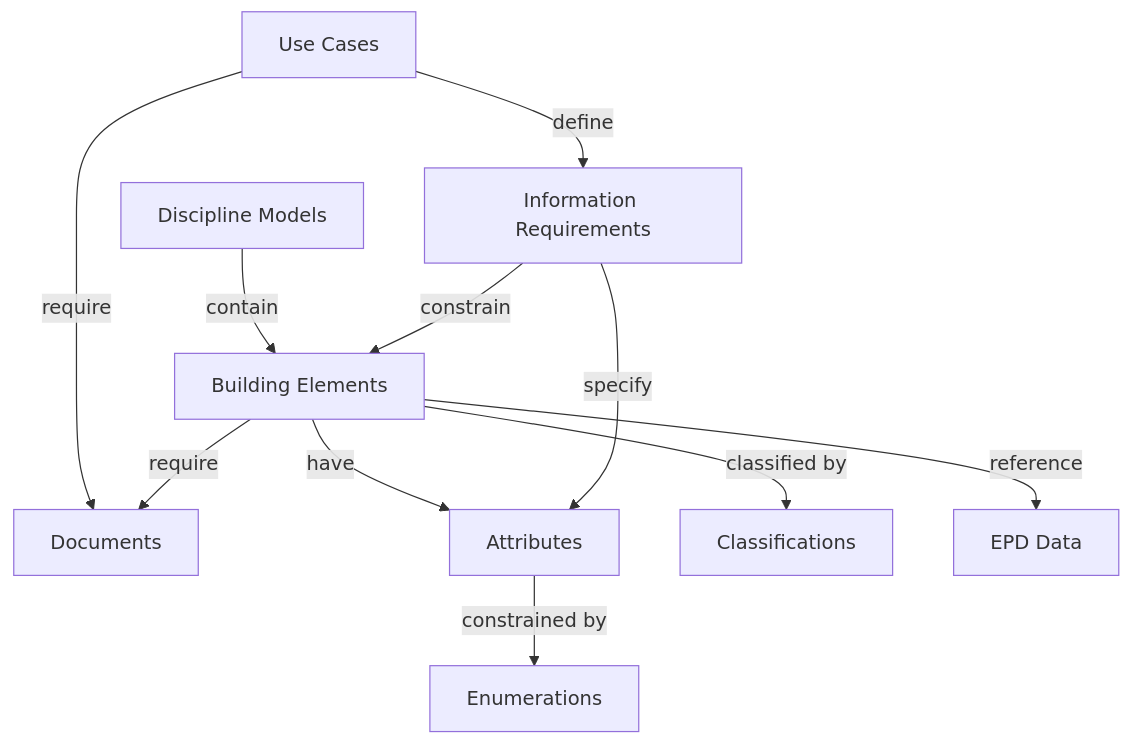
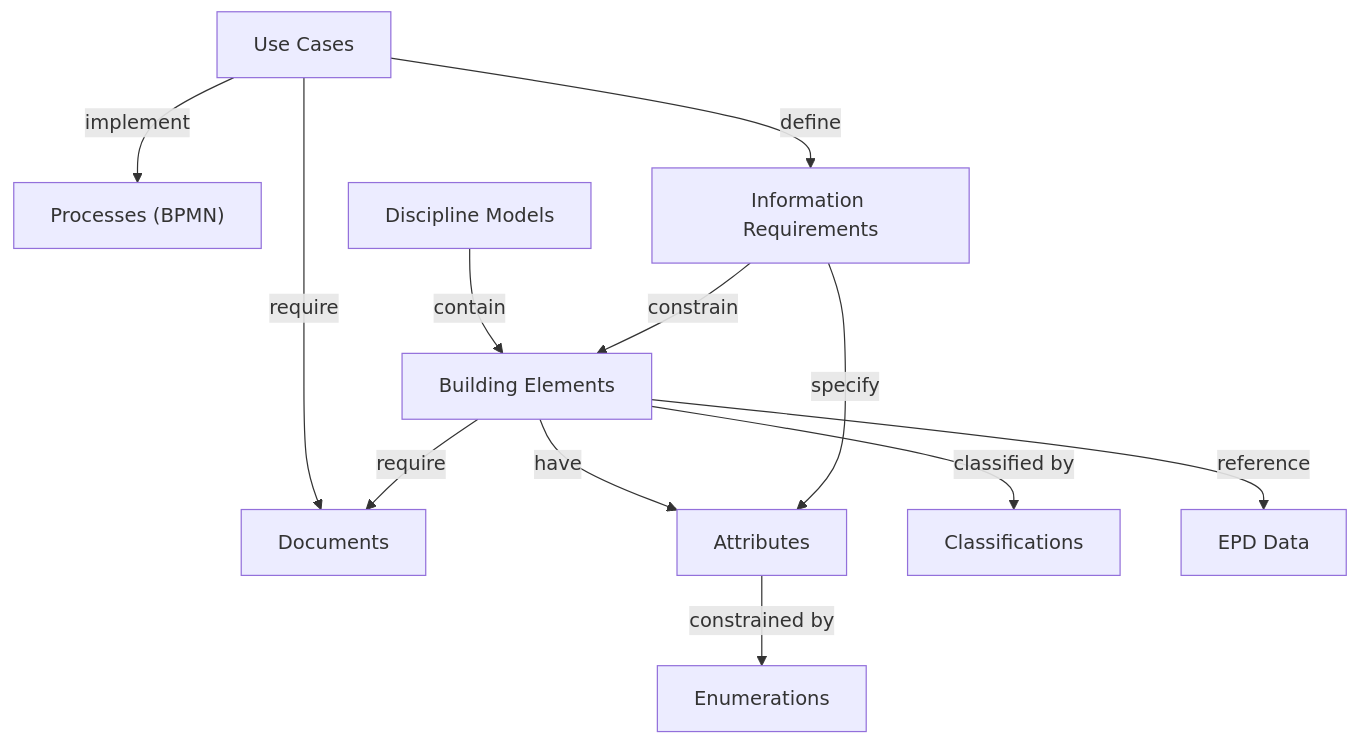
Before and after one commit to bbl-dres/kbob-fdk: the first of 2 diagrams in README.md, drawn with Mermaid. The commit also changed other lines of this file, not shown here.

First line of the commit message:
Move Processes to Implemented section with BPMN reference

````diff
--- a/README.md
+++ b/README.md
@@ -97,13 +97,14 @@
 ```mermaid
 flowchart TB
-    USECASES["Use Cases"] -- define --> LOIN["Information Requirements"]
+    USECASES["Use Cases"] -- implement --> PROCESSES["Processes (BPMN)"]
+    USECASES -- define --> LOIN["Information Requirements"]
     USECASES -- require --> DOCUMENTS["Documents"]
     MODELS["Discipline Models"] -- contain --> ELEMENTS["Building Elements"]
     LOIN -- constrain --> ELEMENTS
     ELEMENTS -- have --> ATTRIBUTES["Attributes"]
     LOIN -- specify --> ATTRIBUTES
     ELEMENTS -- classified by --> CLASSIFICATIONS["Classifications"]
     ELEMENTS -- reference --> EPDS["EPD Data"]
     ATTRIBUTES -- constrained by --> ENUMERATIONS["Enumerations"]
     ELEMENTS -- require --> DOCUMENTS
 ```
````
